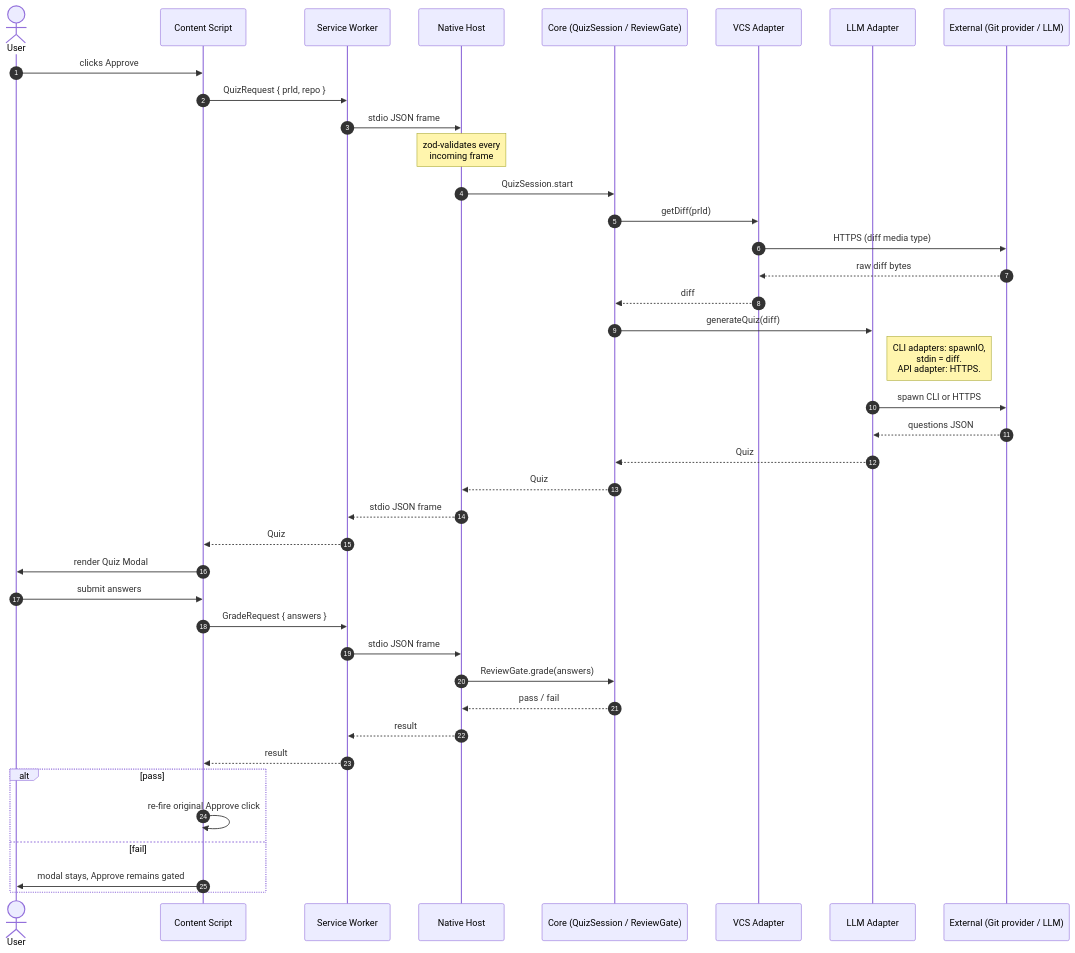
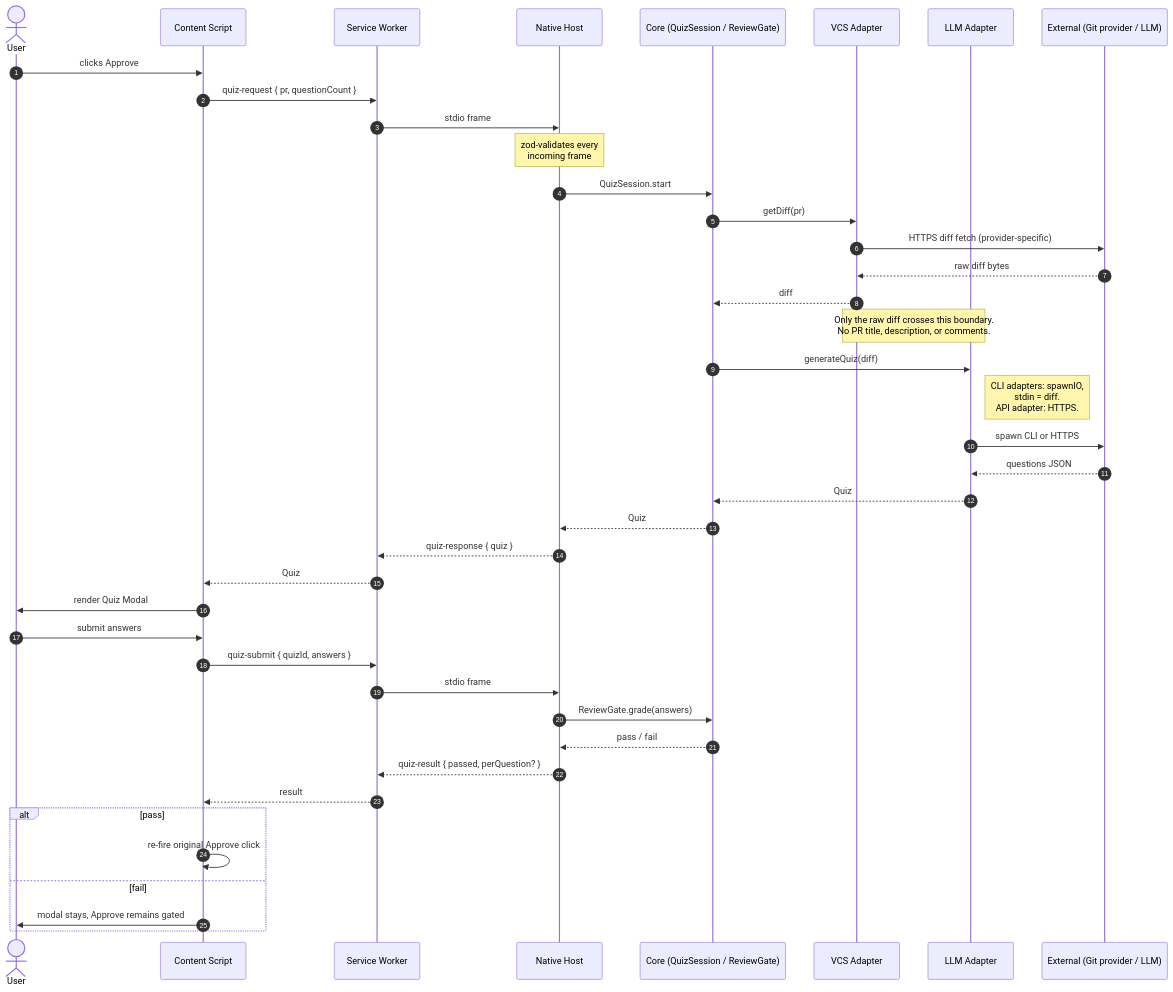
The second of 2 diagrams in README.md (tibtof/lgtm-buzzer), drawn with Mermaid before and after one commit. The commit also changed other lines of this file, not shown here.

First line of the commit message:
docs(readme): address PM + Architect review nits on diagrams

````diff
--- a/README.md
+++ b/README.md
@@ -261,43 +278,44 @@
 ```mermaid
 sequenceDiagram
     autonumber
     actor User
     participant CS as Content Script
     participant SW as Service Worker
     participant Host as Native Host
     participant Core as Core (QuizSession / ReviewGate)
     participant VCS as VCS Adapter
     participant LLM as LLM Adapter
     participant Ext as External (Git provider / LLM)
 
     User->>CS: clicks Approve
-    CS->>SW: QuizRequest { prId, repo }
-    SW->>Host: stdio JSON frame
+    CS->>SW: quiz-request { pr, questionCount }
+    SW->>Host: stdio frame
     Note over Host: zod-validates every<br/>incoming frame
     Host->>Core: QuizSession.start
-    Core->>VCS: getDiff(prId)
-    VCS->>Ext: HTTPS (diff media type)
+    Core->>VCS: getDiff(pr)
+    VCS->>Ext: HTTPS diff fetch (provider-specific)
     Ext-->>VCS: raw diff bytes
     VCS-->>Core: diff
+    Note over VCS,LLM: Only the raw diff crosses this boundary.<br/>No PR title, description, or comments.
     Core->>LLM: generateQuiz(diff)
     Note right of LLM: CLI adapters: spawnIO,<br/>stdin = diff.<br/>API adapter: HTTPS.
     LLM->>Ext: spawn CLI or HTTPS
     Ext-->>LLM: questions JSON
     LLM-->>Core: Quiz
     Core-->>Host: Quiz
-    Host-->>SW: stdio JSON frame
+    Host-->>SW: quiz-response { quiz }
     SW-->>CS: Quiz
     CS->>User: render Quiz Modal
     User->>CS: submit answers
-    CS->>SW: GradeRequest { answers }
-    SW->>Host: stdio JSON frame
+    CS->>SW: quiz-submit { quizId, answers }
+    SW->>Host: stdio frame
     Host->>Core: ReviewGate.grade(answers)
     Core-->>Host: pass / fail
-    Host-->>SW: result
+    Host-->>SW: quiz-result { passed, perQuestion? }
     SW-->>CS: result
     alt pass
         CS->>CS: re-fire original Approve click
     else fail
         CS->>User: modal stays, Approve remains gated
     end
 ```
````
